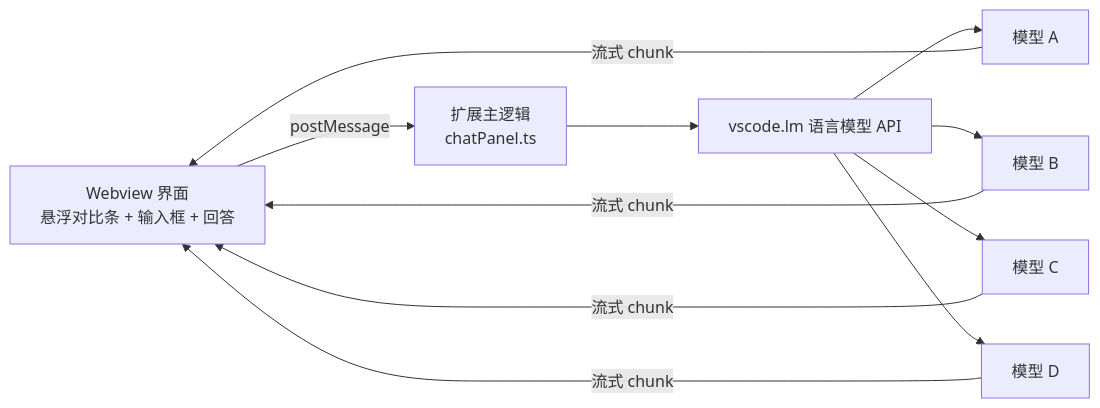
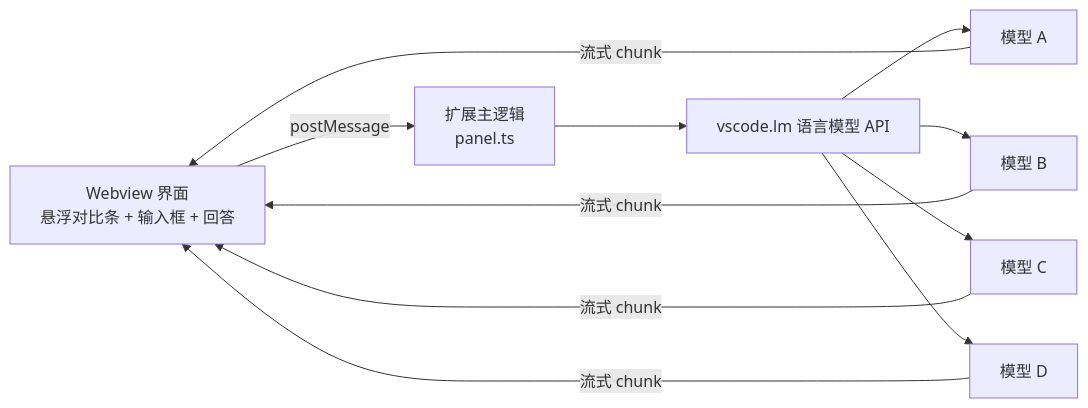
The first of 2 diagrams in README.md (think2do/VsCode_ModleEvaluation), drawn with Mermaid before and after one commit. The commit also changed other lines of this file and 1 other file, not shown here.

````diff
--- a/README.md
+++ b/README.md
@@ -249,10 +249,10 @@
 ```mermaid
 flowchart LR
-    UI[Webview 界面<br/>悬浮对比条 + 输入框 + 回答] -->|postMessage| EXT[扩展主逻辑<br/>chatPanel.ts]
+    UI[Webview 界面<br/>悬浮对比条 + 输入框 + 回答] -->|postMessage| EXT[扩展主逻辑<br/>panel.ts]
     EXT --> LM[vscode.lm 语言模型 API]
     LM --> M1[模型 A]
     LM --> M2[模型 B]
     LM --> M3[模型 C]
     LM --> M4[模型 D]
     M1 & M2 & M3 & M4 -->|流式 chunk| UI
 ```
````
